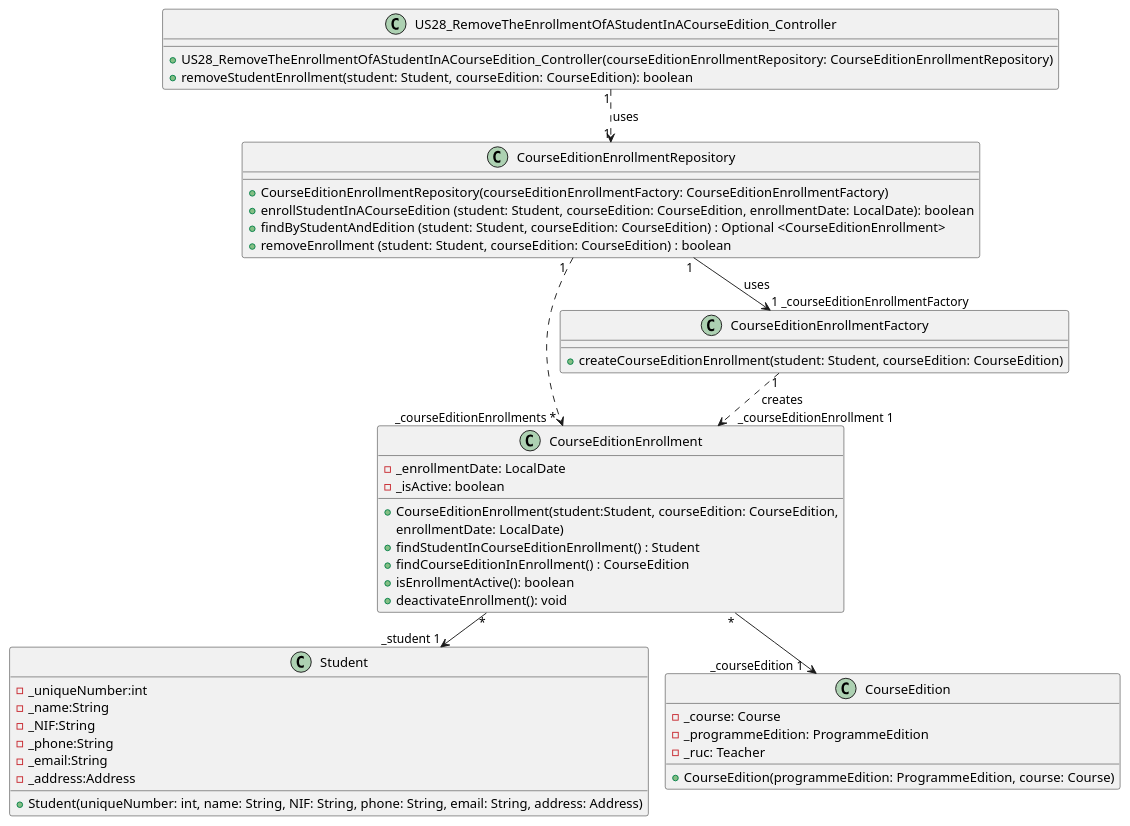
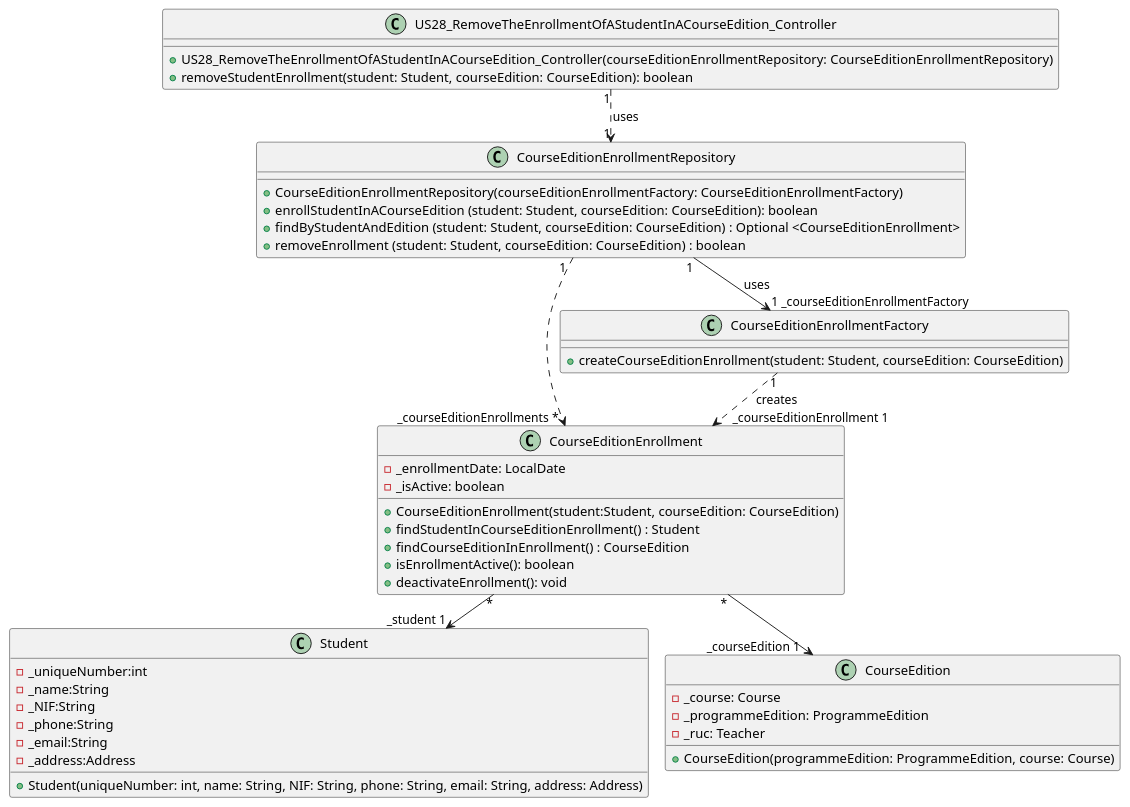
The diagram in docs/US28/US28_RemoveTheEnrollmentOfAStudentInACourseEdition_ClassDiagram.puml (GasparISEP/DevOps-PAI), drawn with PlantUML before and after one commit.

Commit message:
Refactor US28_ClassDiagram - Remove unused enrollmentDate parameter across relevant classes

```diff
--- a/docs/US28/US28_RemoveTheEnrollmentOfAStudentInACourseEdition_ClassDiagram.puml
+++ b/docs/US28/US28_RemoveTheEnrollmentOfAStudentInACourseEdition_ClassDiagram.puml
@@ -1,54 +1,53 @@
 @startuml
 !pragma layout smetana
 
 class US28_RemoveTheEnrollmentOfAStudentInACourseEdition_Controller {
     +US28_RemoveTheEnrollmentOfAStudentInACourseEdition_Controller(courseEditionEnrollmentRepository: CourseEditionEnrollmentRepository)
     +removeStudentEnrollment(student: Student, courseEdition: CourseEdition): boolean
 }
 
 class CourseEditionEnrollment {
     -_enrollmentDate: LocalDate
     -_isActive: boolean
-    +CourseEditionEnrollment(student:Student, courseEdition: CourseEdition,
-     enrollmentDate: LocalDate)
+    +CourseEditionEnrollment(student:Student, courseEdition: CourseEdition)
     +findStudentInCourseEditionEnrollment() : Student
     +findCourseEditionInEnrollment() : CourseEdition
     +isEnrollmentActive(): boolean
     +deactivateEnrollment(): void
 }
 
 class CourseEditionEnrollmentRepository {
     +CourseEditionEnrollmentRepository(courseEditionEnrollmentFactory: CourseEditionEnrollmentFactory)
-    +enrollStudentInACourseEdition (student: Student, courseEdition: CourseEdition, enrollmentDate: LocalDate): boolean
+    +enrollStudentInACourseEdition (student: Student, courseEdition: CourseEdition): boolean
     +findByStudentAndEdition (student: Student, courseEdition: CourseEdition) : Optional <CourseEditionEnrollment>
     +removeEnrollment (student: Student, courseEdition: CourseEdition) : boolean
 }
 
 class Student {
     -_uniqueNumber:int
     -_name:String
     -_NIF:String
     -_phone:String
     -_email:String
     -_address:Address
     +Student(uniqueNumber: int, name: String, NIF: String, phone: String, email: String, address: Address)
 }
 
 class CourseEdition {
     -_course: Course
     -_programmeEdition: ProgrammeEdition
     -_ruc: Teacher
     +CourseEdition(programmeEdition: ProgrammeEdition, course: Course)
 }
 
 class CourseEditionEnrollmentFactory {
     +createCourseEditionEnrollment(student: Student, courseEdition: CourseEdition)
 }
 
 CourseEditionEnrollment "*" --> "_student 1" Student
 CourseEditionEnrollment "*" --> "_courseEdition 1    " CourseEdition
 CourseEditionEnrollmentRepository"   1  " ..> "    _courseEditionEnrollments *  "CourseEditionEnrollment
 CourseEditionEnrollmentFactory "1" ..> "      _courseEditionEnrollment 1"CourseEditionEnrollment : creates
 CourseEditionEnrollmentRepository "1" --> "1 _courseEditionEnrollmentFactory      " CourseEditionEnrollmentFactory : uses
 US28_RemoveTheEnrollmentOfAStudentInACourseEdition_Controller "1" ..> "1" CourseEditionEnrollmentRepository : uses
 @enduml
```
